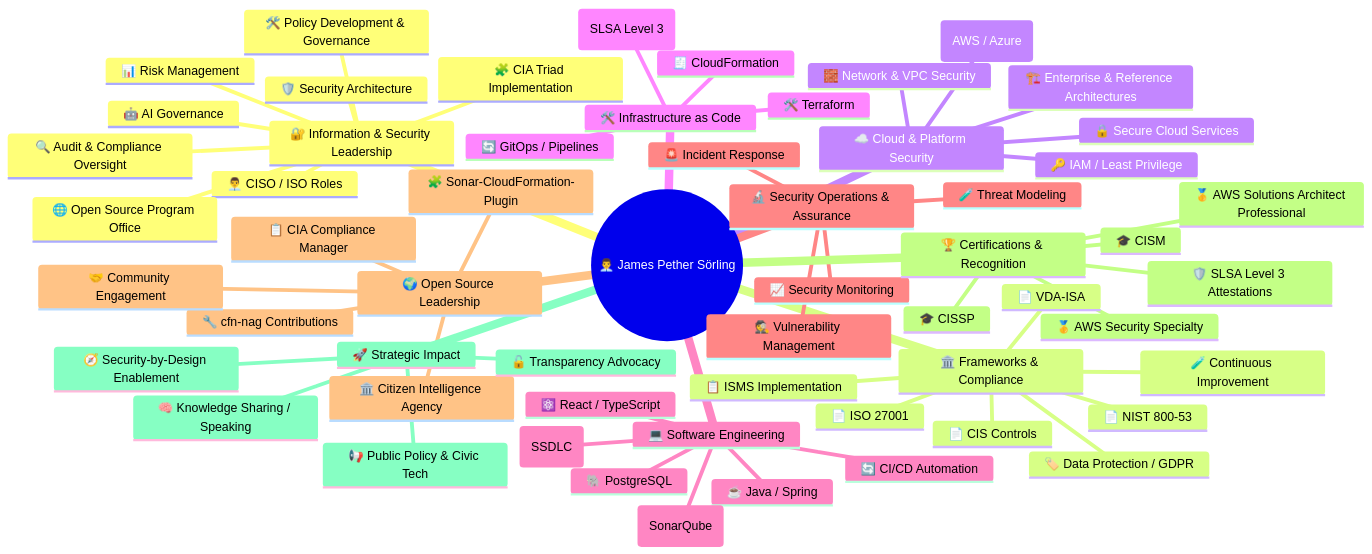
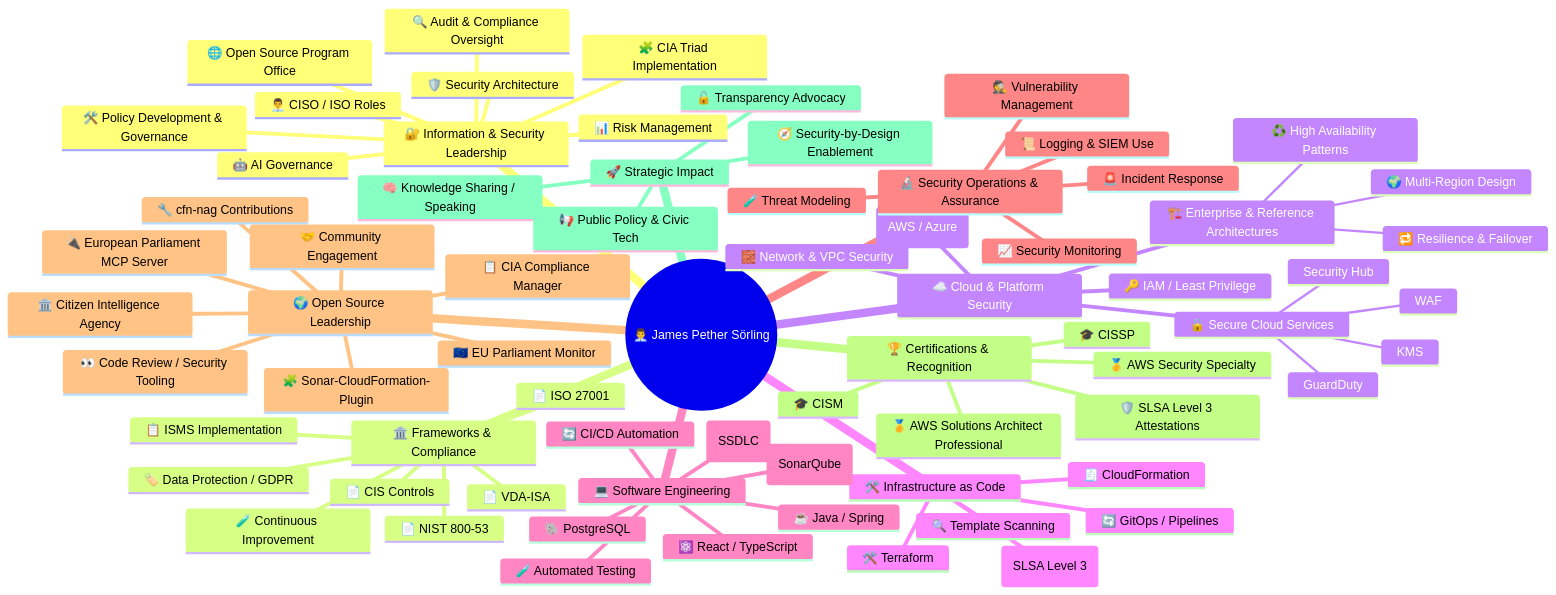
Before and after one commit to pethers/pethers: the second of 2 diagrams in README.md, drawn with Mermaid. The commit also changed other lines of this file, not shown here.

````diff
--- a/README.md
+++ b/README.md
@@ -517,61 +881,74 @@
 ```mermaid
 mindmap
   root((👨‍💼 James Pether Sörling))
     🔐 Information & Security Leadership
       👨‍💼 CISO / ISO Roles
       🛡️ Security Architecture
       🧩 CIA Triad Implementation
       🛠️ Policy Development & Governance
       📊 Risk Management
       🔍 Audit & Compliance Oversight
       🤖 AI Governance
       🌐 Open Source Program Office
     🏛️ Frameworks & Compliance
       📄 ISO 27001
       📄 NIST 800-53
       📄 VDA-ISA
       📄 CIS Controls
       🏷️ Data Protection / GDPR
       📋 ISMS Implementation
       🧪 Continuous Improvement
     ☁️ Cloud & Platform Security
       🌐 Multi-Cloud (AWS / Azure)
       🏗️ Enterprise & Reference Architectures
+        🌍 Multi-Region Design
+        🔁 Resilience & Failover
+        ♻️ High Availability Patterns
       🔒 Secure Cloud Services
+        Security Hub
+        GuardDuty
+        KMS
+        WAF
       🧱 Network & VPC Security
       🔑 IAM / Least Privilege
     🛠️ Infrastructure as Code
       🧾 CloudFormation
       🛠️ Terraform
       🔄 GitOps / Pipelines
+      🔍 Template Scanning
       📦 Supply Chain (SLSA Level 3)
     💻 Software Engineering
       ☕ Java / Spring
       ⚛️ React / TypeScript
       🐘 PostgreSQL
       🔄 CI/CD Automation
+      🧪 Automated Testing
       🧵 Secure SDLC (SSDLC)
       📈 Code Quality (SonarQube)
     🔬 Security Operations & Assurance
       🚨 Incident Response
       🕵️ Vulnerability Management
       📈 Security Monitoring
       🧪 Threat Modeling
+      📜 Logging & SIEM Use
     🌍 Open Source Leadership
       📋 CIA Compliance Manager
       🏛️ Citizen Intelligence Agency
+      🇪🇺 EU Parliament Monitor
+      🔌 European Parliament MCP Server
       🧩 Sonar-CloudFormation-Plugin
       🔧 cfn-nag Contributions
       🤝 Community Engagement
+      👀 Code Review / Security Tooling
     🏆 Certifications & Recognition
       🎓 CISSP
       🎓 CISM
       🥇 AWS Security Specialty
       🥇 AWS Solutions Architect Professional
       🛡️ SLSA Level 3 Attestations
     🚀 Strategic Impact
       🔓 Transparency Advocacy
       🧭 Security-by-Design Enablement
       🧠 Knowledge Sharing / Speaking
       📢 Public Policy & Civic Tech
 ```
````
